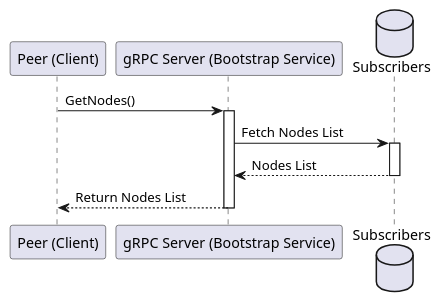
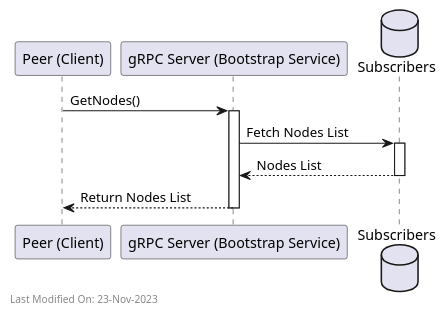
Before and after one commit to freemans13/teranode: the diagram in docs/services/img/plantuml/bootstrap/bootstrap_grpc_request.puml, drawn with PlantUML. The commit also changed 151 other files, not shown here.

Commit message:
Documentation - Correct PlantUML diagrams and timestamp them for traceability

```diff
--- a/docs/services/img/plantuml/bootstrap/bootstrap_grpc_request.puml
+++ b/docs/services/img/plantuml/bootstrap/bootstrap_grpc_request.puml
@@ -1,16 +1,19 @@
 @startuml
 participant "Peer (Client)" as Client
 participant "gRPC Server (Bootstrap Service)" as Server
 database "Subscribers" as Subs
 
 Client -> Server : GetNodes()
 activate Server
 
 Server -> Subs : Fetch Nodes List
 activate Subs
 Subs --> Server : Nodes List
 deactivate Subs
 
 Server --> Client : Return Nodes List
 deactivate Server
+
+left footer Last Modified On: 23-Nov-2023
+
 @enduml
```
